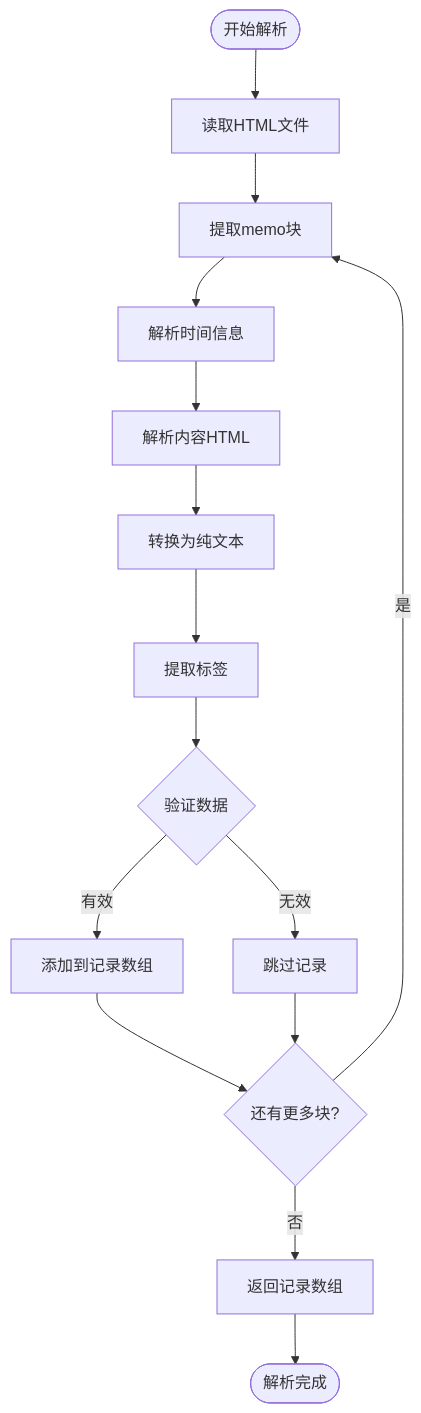
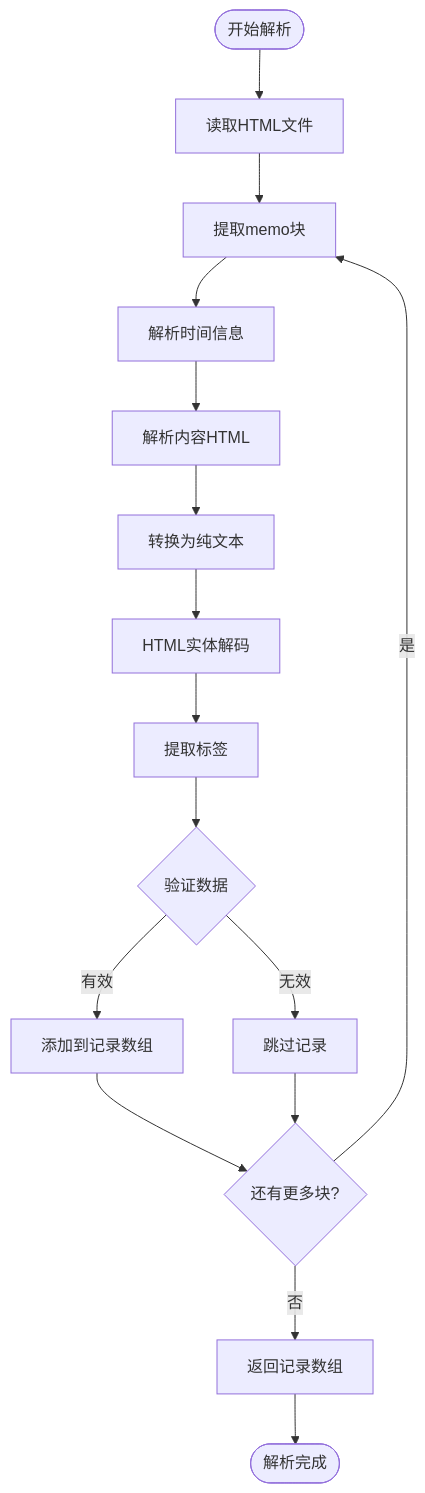
One commit to BlackBoxRecorder/memos changed the third of 8 diagrams in .qoder/repowiki/zh/content/前端应用/Admin管理界面/导入导出功能/Flomo HTML导入脚本.md. Above: the diagram before and after it, drawn with Mermaid. The commit also changed other lines of this file and 19 other files, not shown here.

````diff
--- a/.qoder/repowiki/zh/content/前端应用/Admin管理界面/导入导出功能/Flomo HTML导入脚本.md
+++ b/.qoder/repowiki/zh/content/前端应用/Admin管理界面/导入导出功能/Flomo HTML导入脚本.md
@@ -140,17 +160,18 @@
 ```mermaid
 flowchart TD
 Start([开始解析]) --> ReadFile["读取HTML文件"]
 ReadFile --> ExtractBlocks["提取memo块"]
 ExtractBlocks --> ParseTime["解析时间信息"]
 ParseTime --> ParseContent["解析内容HTML"]
 ParseContent --> ConvertText["转换为纯文本"]
-ConvertText --> ExtractTags["提取标签"]
+ConvertText --> DecodeEntities["HTML实体解码"]
+DecodeEntities --> ExtractTags["提取标签"]
 ExtractTags --> ValidateData{"验证数据"}
 ValidateData --> |有效| AddRecord["添加到记录数组"]
 ValidateData --> |无效| SkipRecord["跳过记录"]
 AddRecord --> NextBlock{"还有更多块?"}
 SkipRecord --> NextBlock
 NextBlock --> |是| ExtractBlocks
 NextBlock --> |否| ReturnRecords["返回记录数组"]
 ReturnRecords --> End([解析完成])
 ```
````
